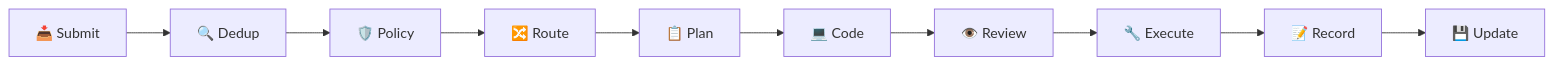
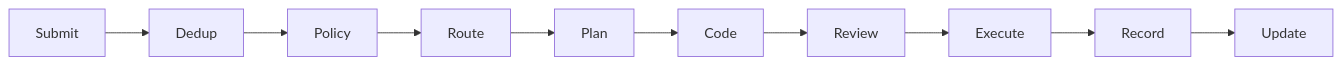
The second of 5 diagrams in src/sheshaos/handover.md (gaganjainse/shesh-docs), drawn with Mermaid before and after one commit. The commit also changed other lines of this file and 124 other files, not shown here.

````diff
--- a/src/sheshaos/handover.md
+++ b/src/sheshaos/handover.md
@@ -82,12 +89,12 @@
 ```mermaid
 graph LR
-    A["📥 Submit"] --> B["🔍 Dedup"]
-    B --> C["🛡️ Policy"]
-    C --> D["🔀 Route"]
-    D --> E["📋 Plan"]
-    E --> F["💻 Code"]
-    F --> G["👁️ Review"]
-    G --> H["🔧 Execute"]
-    H --> I["📝 Record"]
-    I --> J["💾 Update"]
+    A["Submit"] --> B["Dedup"]
+    B --> C["Policy"]
+    C --> D["Route"]
+    D --> E["Plan"]
+    E --> F["Code"]
+    F --> G["Review"]
+    G --> H["Execute"]
+    H --> I["Record"]
+    I --> J["Update"]
 ```
````
